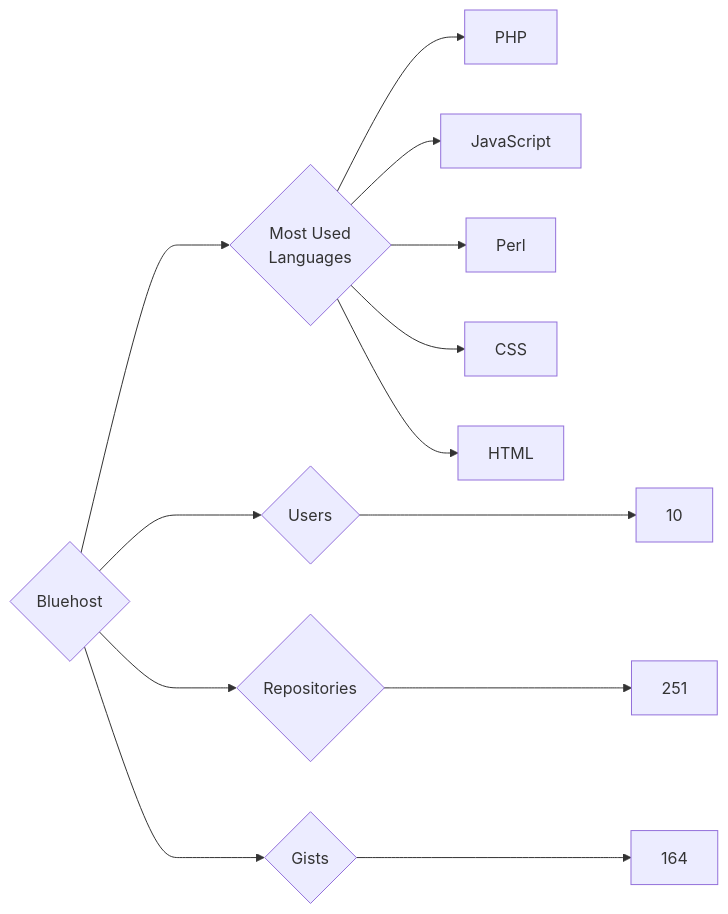
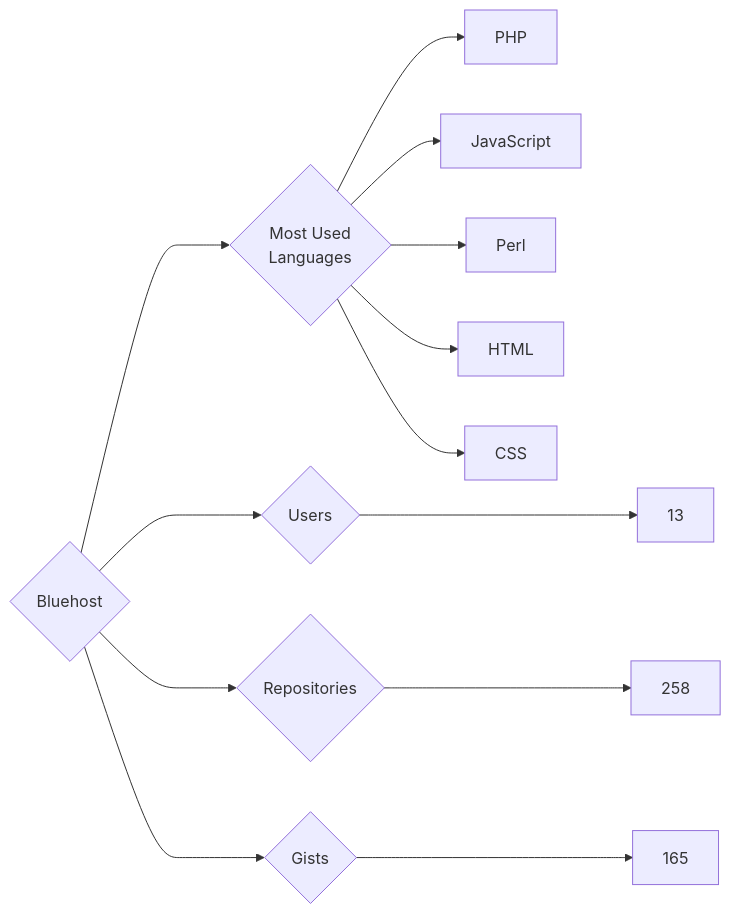
The diagram in targets/Bluehost/README.md (trickest/insiders), drawn with Mermaid before and after one commit. The commit also changed 1020 other files, not shown here.

````diff
--- a/targets/Bluehost/README.md
+++ b/targets/Bluehost/README.md
@@ -3,13 +3,13 @@
 ```mermaid
 graph LR
 COMPANY_NAME{Bluehost}
-COMPANY_NAME ---> U{Users} ---> UN[10]
-COMPANY_NAME ---> R{Repositories} ---> RN[251]
-COMPANY_NAME ---> G{Gists} ---> GN[164]
+COMPANY_NAME ---> U{Users} ---> UN[13]
+COMPANY_NAME ---> R{Repositories} ---> RN[258]
+COMPANY_NAME ---> G{Gists} ---> GN[165]
 COMPANY_NAME ---> ML{Most Used<br>Languages}
 ML --> PHP[PHP]
 ML --> JavaScript[JavaScript]
 ML --> Perl[Perl]
+ML --> HTML[HTML]
 ML --> CSS[CSS]
-ML --> HTML[HTML]
 ```
````
